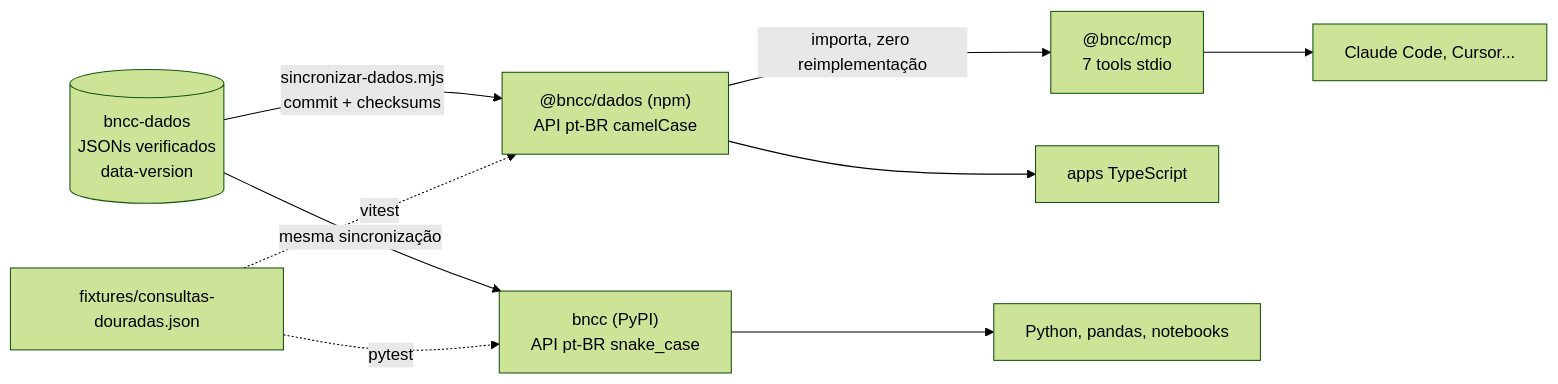
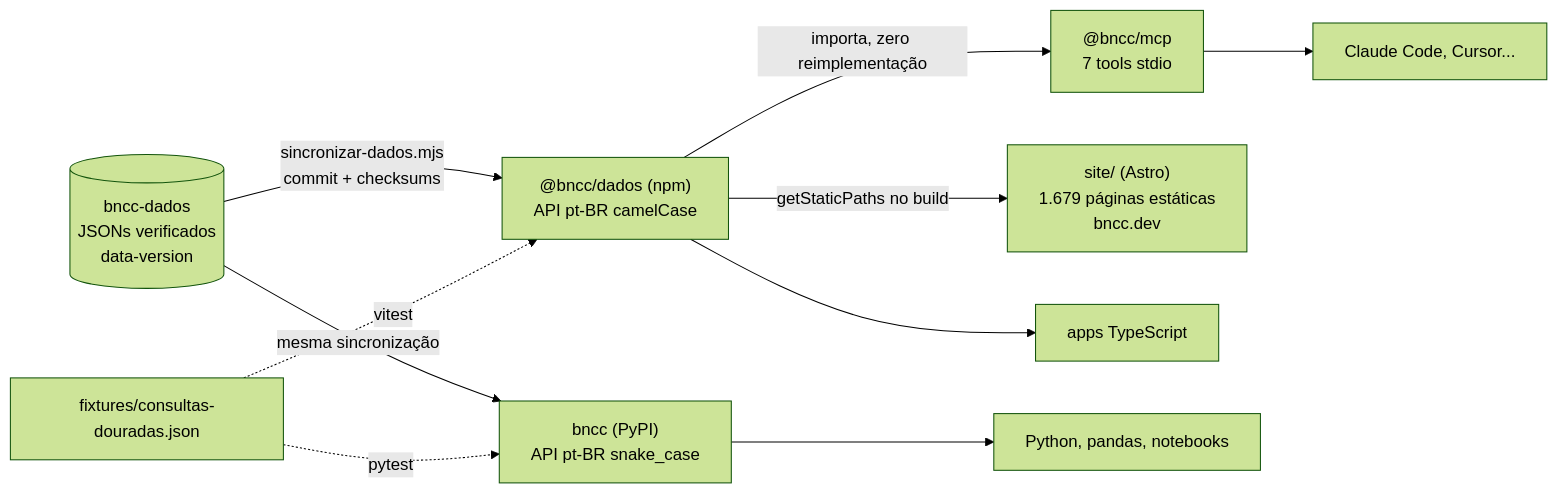
Before and after one commit to bncc-dev/bncc-pacotes: the diagram in docs/arquitetura.md, drawn with Mermaid (forest theme). The commit also changed other lines of this file and 24 other files, not shown here.

First line of the commit message:
M4: site bncc.dev com 1.679 páginas canônicas estáticas

````diff
--- a/docs/arquitetura.md
+++ b/docs/arquitetura.md
@@ -9,11 +9,12 @@
 ```mermaid
 flowchart LR
     DADOS[("bncc-dados<br/>JSONs verificados<br/>data-version")] -->|sincronizar-dados.mjs<br/>commit + checksums| NPM["@bncc/dados (npm)<br/>API pt-BR camelCase"]
     DADOS -->|mesma sincronização| PY["bncc (PyPI)<br/>API pt-BR snake_case"]
     NPM -->|importa, zero reimplementação| MCP["@bncc/mcp<br/>7 tools stdio"]
     FIX["fixtures/consultas-douradas.json"] -.->|vitest| NPM
     FIX -.->|pytest| PY
     MCP --> AGENTES["Claude Code, Cursor..."]
+    NPM -->|getStaticPaths no build| SITE["site/ (Astro)<br/>1.679 páginas estáticas<br/>bncc.dev"]
     NPM --> APPS["apps TypeScript"]
     PY --> CIENCIA["Python, pandas, notebooks"]
 ```
````
